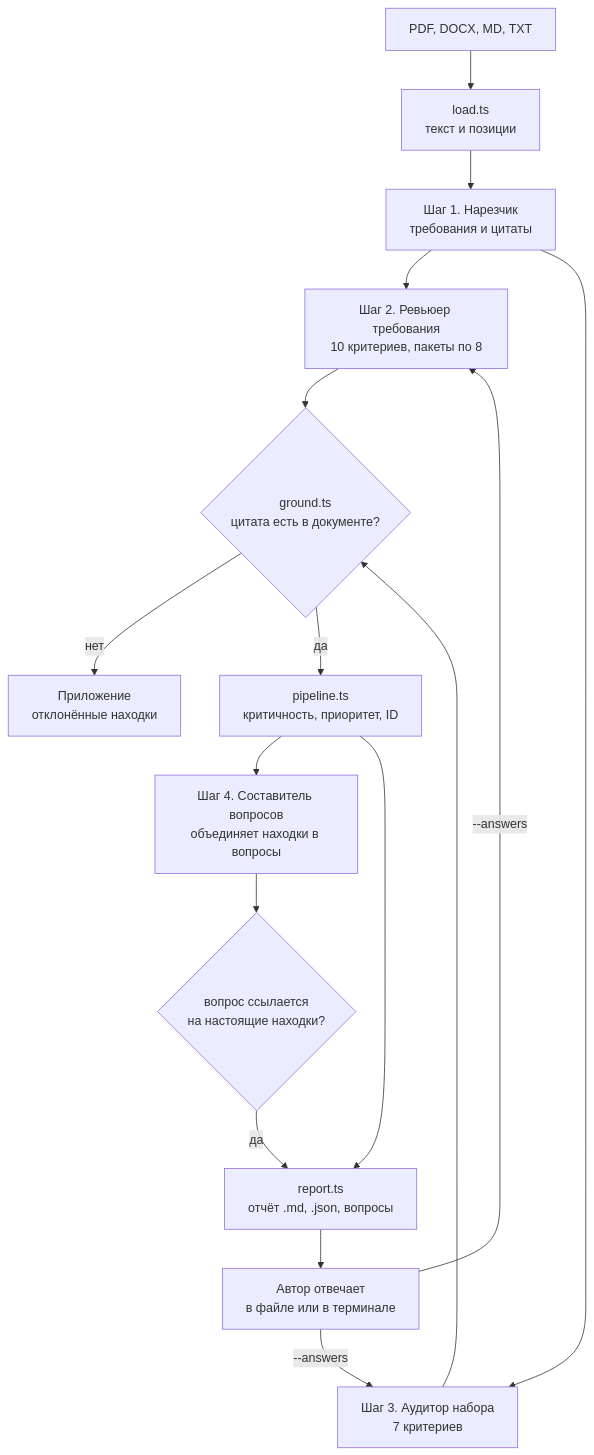
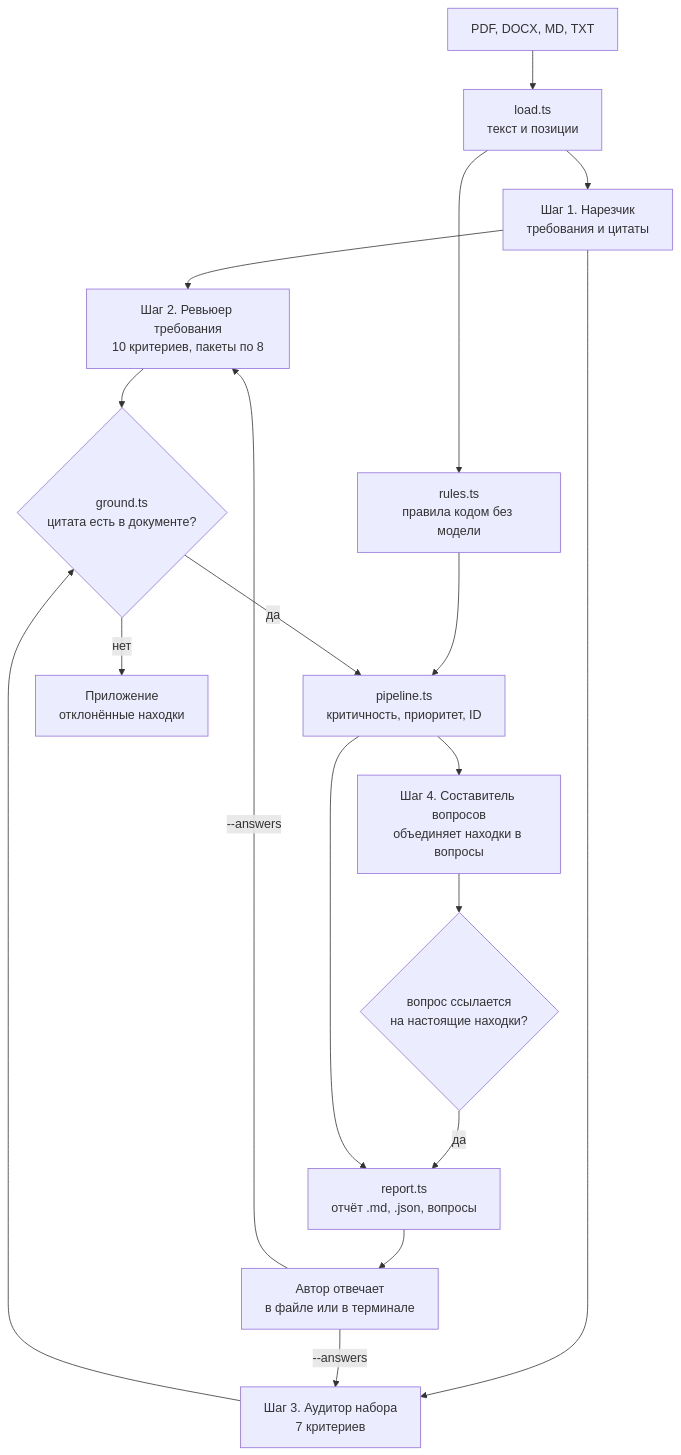
Before and after one commit to merkhanov/BCC-HUB-MNU-fintech-hackathon: the diagram in README.md, drawn with Mermaid. The commit also changed other lines of this file and 7 other files, not shown here.

````diff
--- a/README.md
+++ b/README.md
@@ -187,18 +187,20 @@
 ```mermaid
 flowchart TD
   F[PDF, DOCX, MD, TXT] --> L[load.ts<br>текст и позиции]
   L --> E[Шаг 1. Нарезчик<br>требования и цитаты]
   E --> R[Шаг 2. Ревьюер требования<br>10 критериев, пакеты по 8]
   E --> S[Шаг 3. Аудитор набора<br>7 критериев]
   R --> G{ground.ts<br>цитата есть в документе?}
   S --> G
+  L --> C[rules.ts<br>правила кодом без модели]
+  C --> P
   G -- нет --> X[Приложение<br>отклонённые находки]
   G -- да --> P[pipeline.ts<br>критичность, приоритет, ID]
   P --> Q[Шаг 4. Составитель вопросов<br>объединяет находки в вопросы]
   Q --> V{вопрос ссылается<br>на настоящие находки?}
   V -- да --> RP[report.ts<br>отчёт .md, .json, вопросы]
   P --> RP
   RP --> A[Автор отвечает<br>в файле или в терминале]
   A -->|"--answers"| R
   A -->|"--answers"| S
 ```
````
